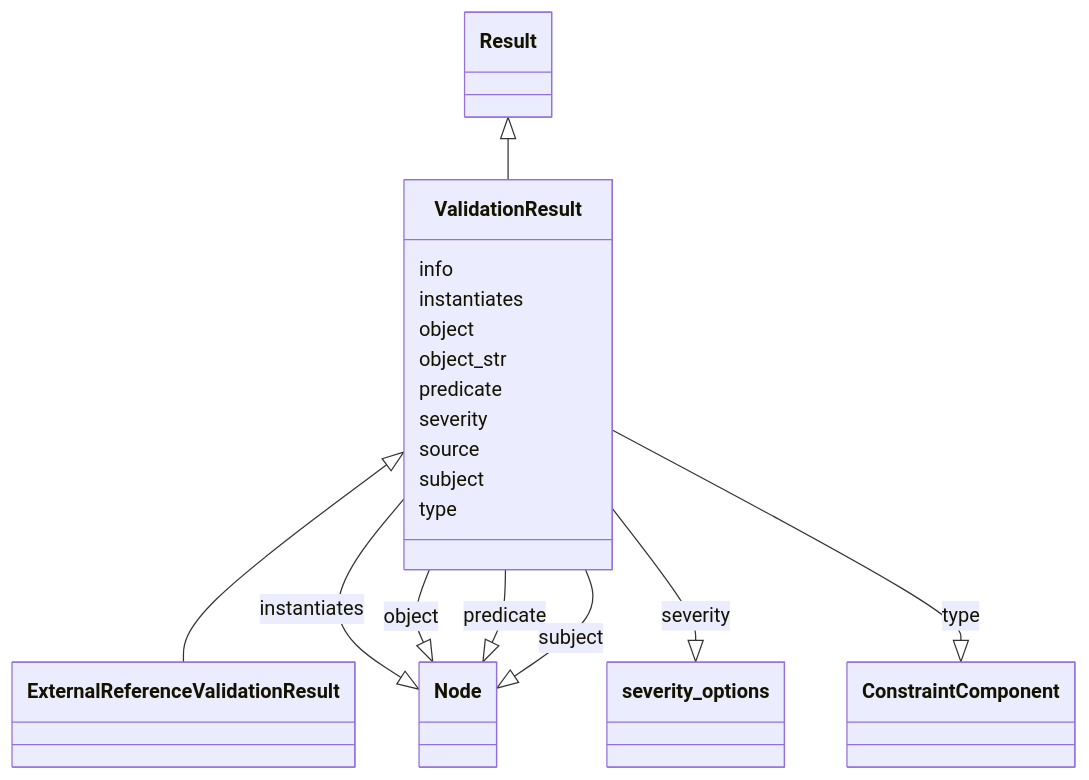
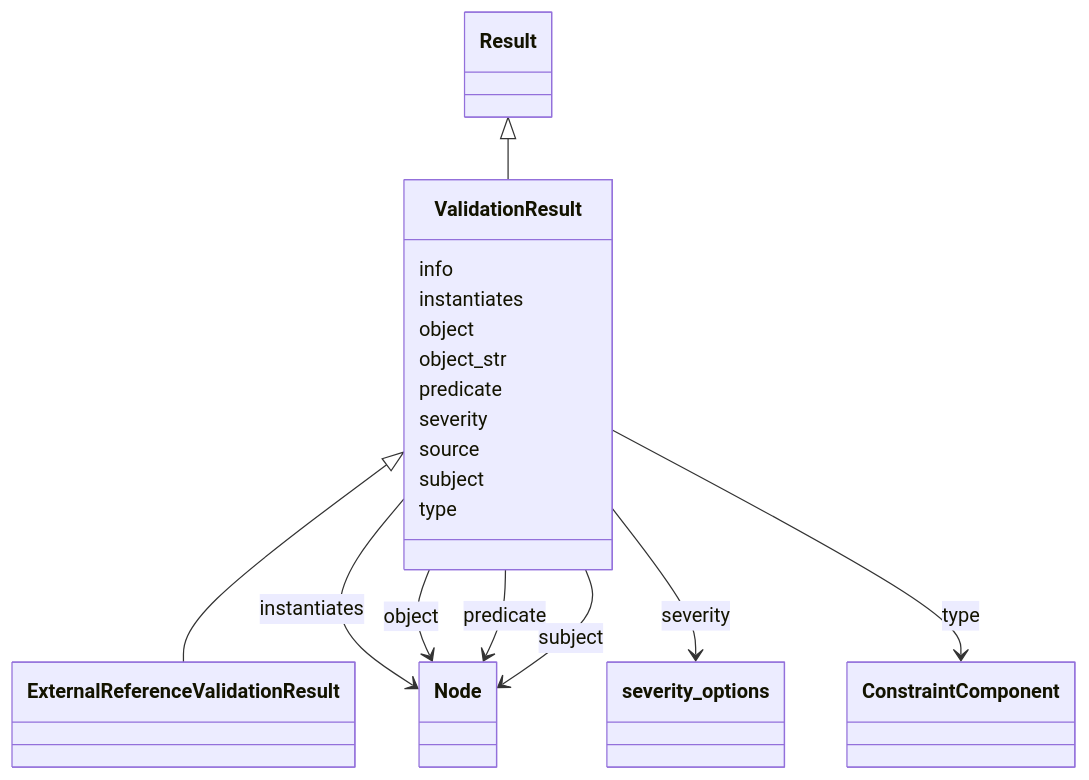
One commit to INCATools/ontology-access-kit changed the diagram in validation/ValidationResult.md. Above: the diagram before and after it, drawn with Mermaid. The commit also changed other lines of this file and 389 other files, not shown here.

````diff
--- a/validation/ValidationResult.md
+++ b/validation/ValidationResult.md
@@ -15,41 +15,41 @@
 ```{mermaid}
  classDiagram
     class ValidationResult
       Result <|-- ValidationResult
       
 
       ValidationResult <|-- ExternalReferenceValidationResult
       
       
       ValidationResult : info
         
       ValidationResult : instantiates
         
-          ValidationResult --|> Node : instantiates
+          ValidationResult --> Node : instantiates
         
       ValidationResult : object
         
-          ValidationResult --|> Node : object
+          ValidationResult --> Node : object
         
       ValidationResult : object_str
         
       ValidationResult : predicate
         
-          ValidationResult --|> Node : predicate
+          ValidationResult --> Node : predicate
         
       ValidationResult : severity
         
-          ValidationResult --|> severity_options : severity
+          ValidationResult --> severity_options : severity
         
       ValidationResult : source
         
       ValidationResult : subject
         
-          ValidationResult --|> Node : subject
+          ValidationResult --> Node : subject
         
       ValidationResult : type
         
-          ValidationResult --|> ConstraintComponent : type
+          ValidationResult --> ConstraintComponent : type
         
       
 ```
````
